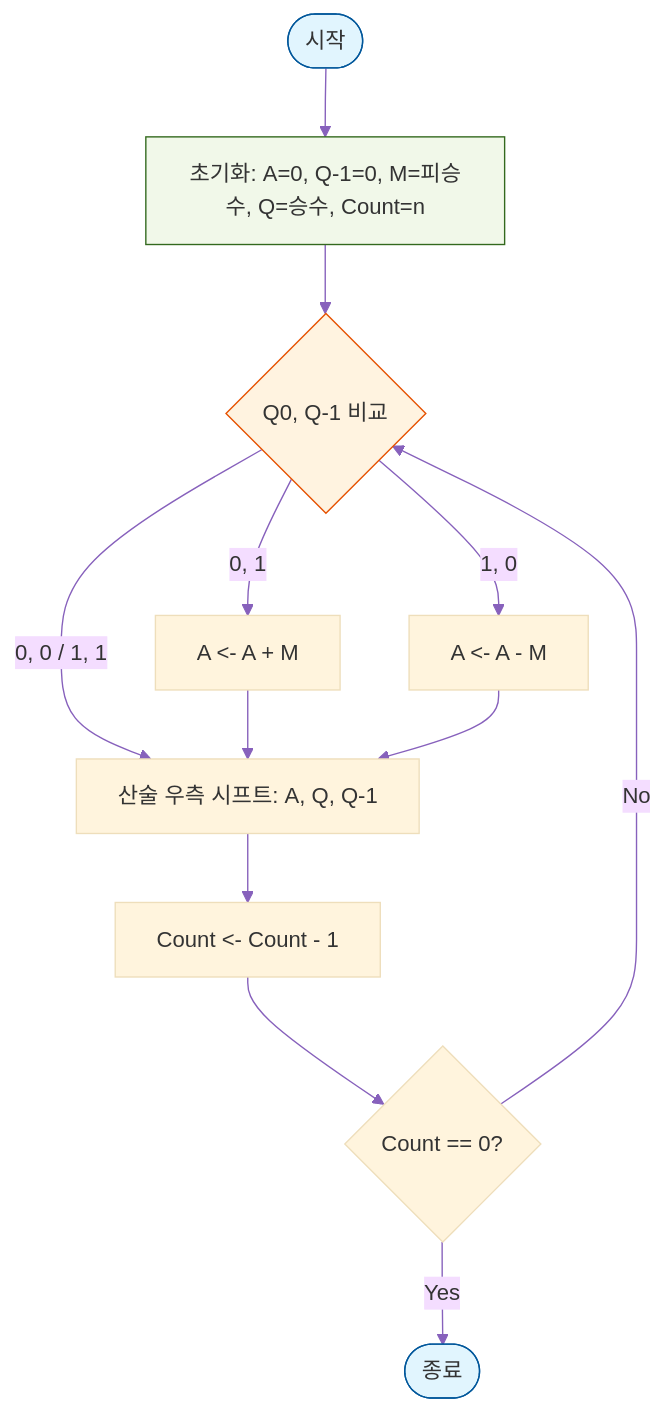
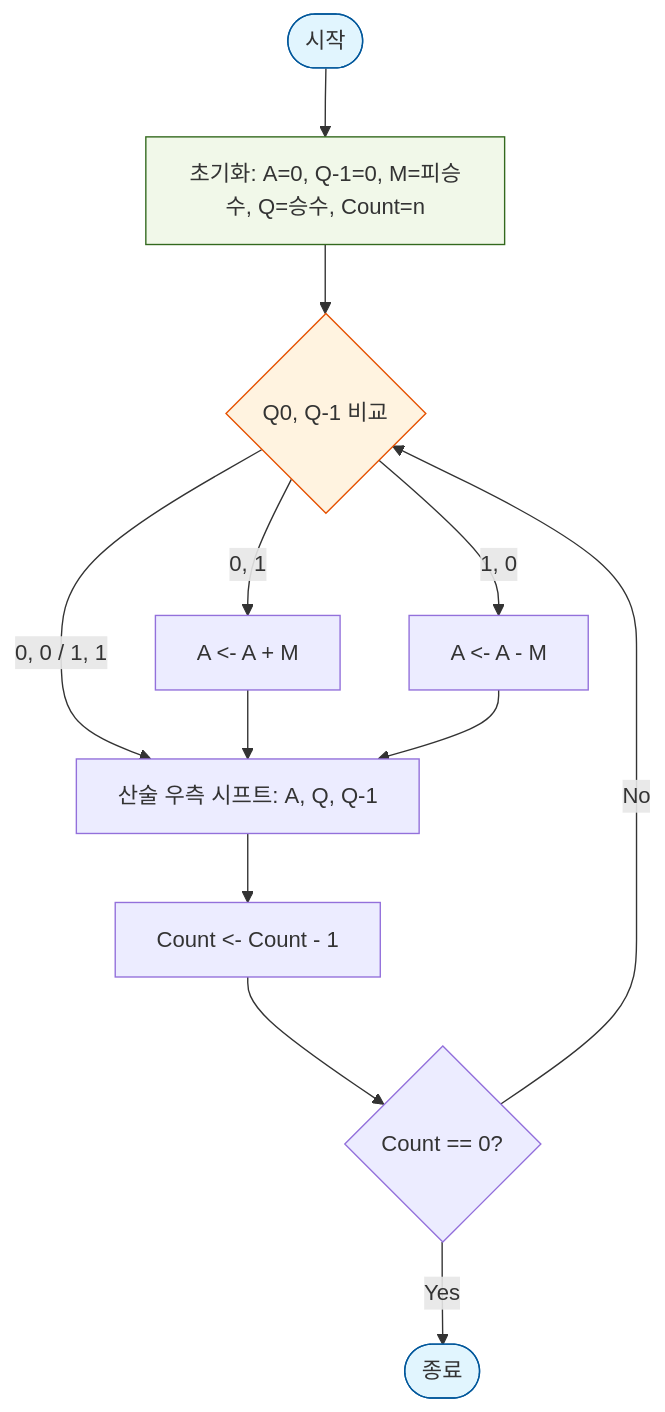
The second of 5 diagrams in content/computer_architecture/03_Arithmetic_and_Logical_Operations.md (jusasa/jusasa.github.io), drawn with Mermaid before and after one commit. The commit also changed other lines of this file and 8 other files, not shown here.

Commit message:
mermaid가 안보이던 현상 수정 및 과목별 meta.json 수정

````diff
--- a/content/computer_architecture/03_Arithmetic_and_Logical_Operations.md
+++ b/content/computer_architecture/03_Arithmetic_and_Logical_Operations.md
@@ -89,21 +88,20 @@
 ```mermaid
-%%{init: {'theme': 'base', 'themeVariables': { 'lineColor': '#8761bc'}}}%%
 flowchart TD
     Start([시작]) --> Init[초기화: A=0, Q-1=0, M=피승수, Q=승수, Count=n]
     Init --> Check{Q0, Q-1 비교}
     Check -- "0, 1" --> Add[A <- A + M]
     Check -- "1, 0" --> Sub[A <- A - M]
     Check -- "0, 0 / 1, 1" --> Shift[산술 우측 시프트: A, Q, Q-1]
     Add --> Shift
     Sub --> Shift
     Shift --> Dec[Count <- Count - 1]
     Dec --> Loop{Count == 0?}
     Loop -- No --> Check
     Loop -- Yes --> End([종료])
 
     style Start fill:#e1f5fe,stroke:#01579b
     style End fill:#e1f5fe,stroke:#01579b
     style Check fill:#fff3e0,stroke:#e65100
     style Init fill:#f1f8e9,stroke:#33691e
 
 ```
````
